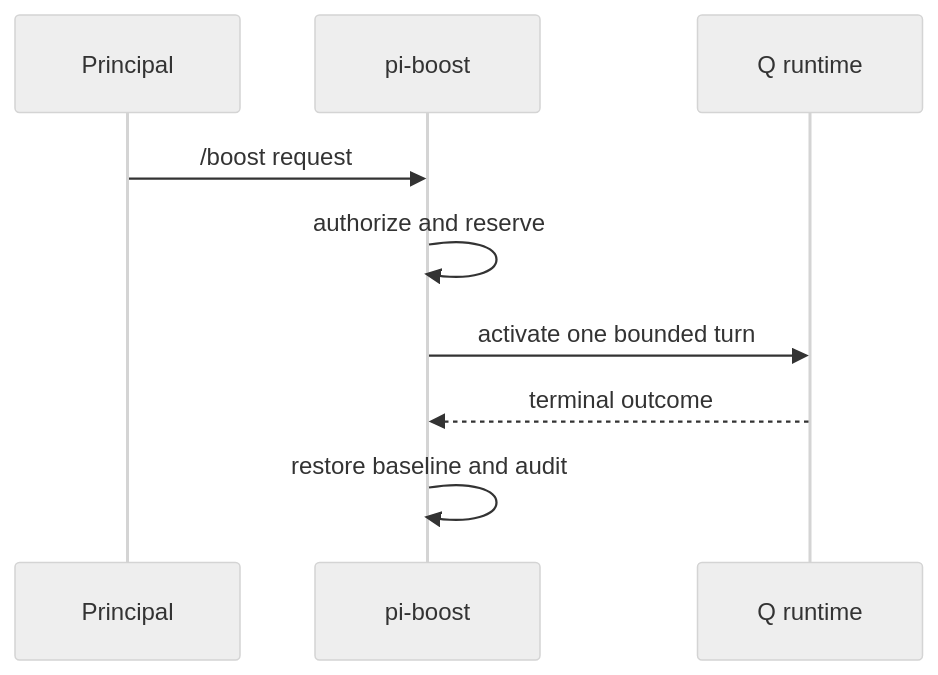
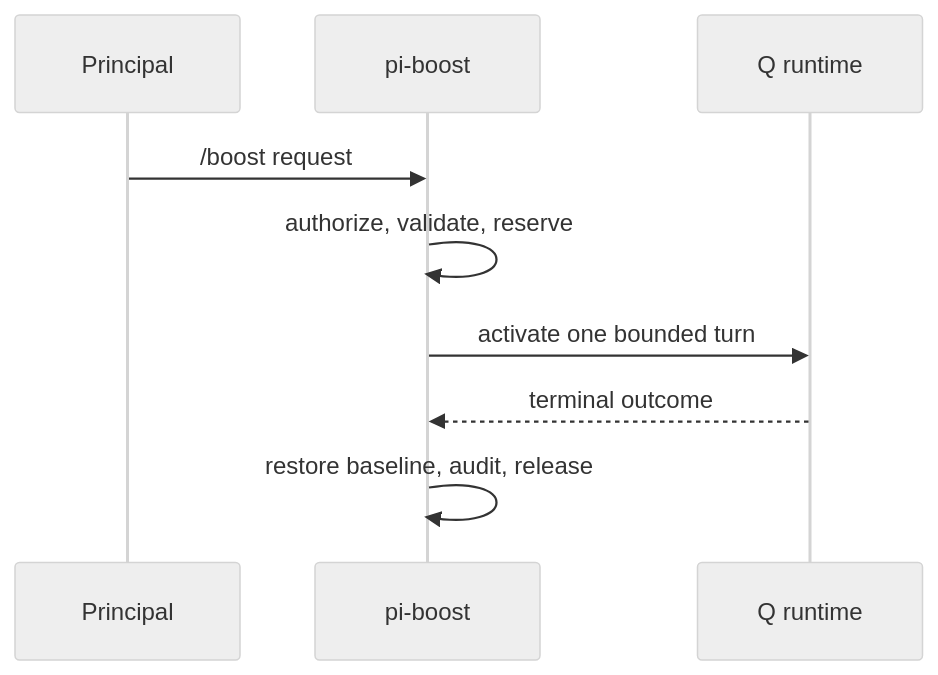
The second of 2 diagrams in docs/adr/046-standalone-pi-boost-extension.md (tS7hKamAYL84j91/pi-tools-and-skills), drawn with Mermaid (neutral theme) before and after one commit. The commit also changed other lines of this file and 3 other files, not shown here.

````diff
--- a/docs/adr/046-standalone-pi-boost-extension.md
+++ b/docs/adr/046-standalone-pi-boost-extension.md
@@ -21,11 +37,11 @@
 ```mermaid
 sequenceDiagram
   participant P as Principal
   participant B as pi-boost
   participant Q as Q runtime
   P->>B: /boost request
-  B->>B: authorize and reserve
+  B->>B: authorize, validate, reserve
   B->>Q: activate one bounded turn
   Q-->>B: terminal outcome
-  B->>B: restore baseline and audit
+  B->>B: restore baseline, audit, release
 ```
````
